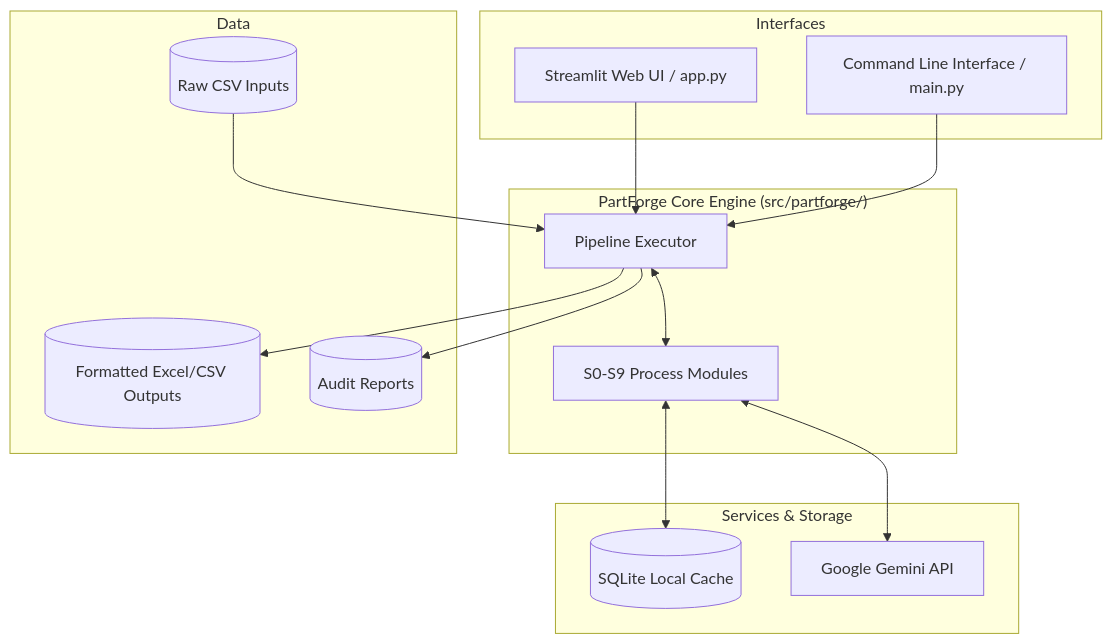
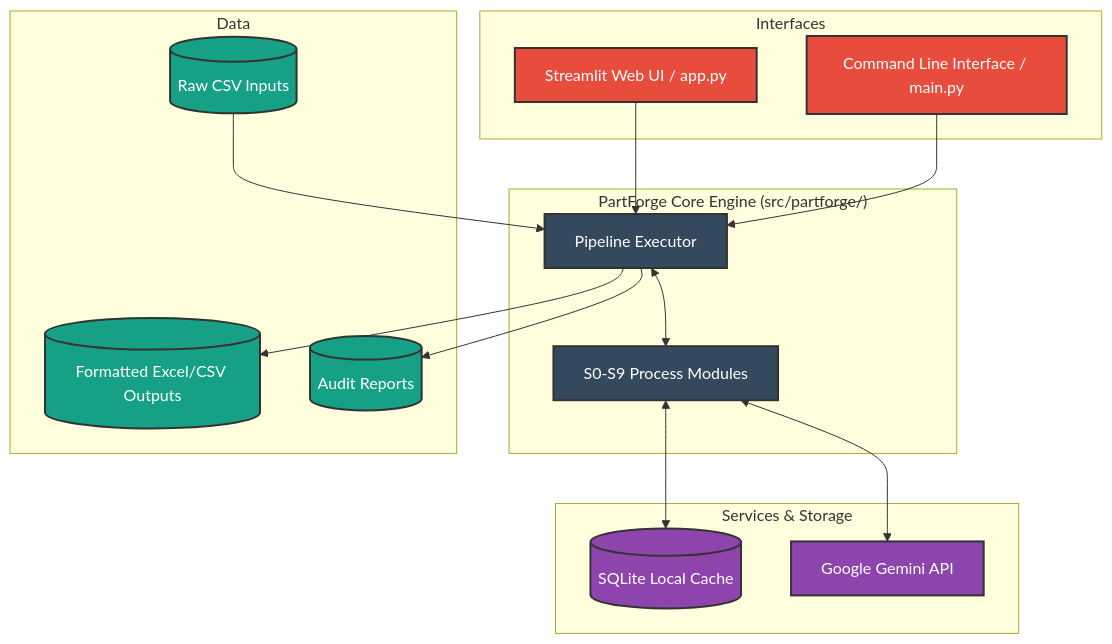
One commit to ISHANK1313/part-forge changed the second of 2 diagrams in README.md. Above: the diagram before and after it, drawn with Mermaid. The commit also changed other lines of this file, not shown here.

````diff
--- a/README.md
+++ b/README.md
@@ -66,32 +119,37 @@
 ```mermaid
 flowchart TD
+    classDef interface fill:#e74c3c,stroke:#333,stroke-width:2px,color:#fff;
+    classDef engine fill:#34495e,stroke:#333,stroke-width:2px,color:#fff;
+    classDef service fill:#8e44ad,stroke:#333,stroke-width:2px,color:#fff;
+    classDef data fill:#16a085,stroke:#333,stroke-width:2px,color:#fff;
+
     subgraph Interfaces
-        UI[Streamlit Web UI / app.py]
-        CLI[Command Line Interface / main.py]
+        UI[Streamlit Web UI / app.py]:::interface
+        CLI[Command Line Interface / main.py]:::interface
     end
 
     subgraph "PartForge Core Engine (src/partforge/)"
-        Engine[Pipeline Executor]
-        Modules[S0-S9 Process Modules]
+        Engine[Pipeline Executor]:::engine
+        Modules[S0-S9 Process Modules]:::engine
         Engine <--> Modules
     end
 
     subgraph Services & Storage
-        Cache[(SQLite Local Cache)]
-        Gemini[Google Gemini API]
+        Cache[(SQLite Local Cache)]:::service
+        Gemini[Google Gemini API]:::service
     end
 
     subgraph Data
-        Input[(Raw CSV Inputs)]
-        Output[(Formatted Excel/CSV Outputs)]
-        Audit[(Audit Reports)]
+        Input[(Raw CSV Inputs)]:::data
+        Output[(Formatted Excel/CSV Outputs)]:::data
+        Audit[(Audit Reports)]:::data
     end
 
     UI --> Engine
     CLI --> Engine
     Input --> Engine
     Engine --> Output
     Engine --> Audit
     Modules <--> Cache
     Modules <--> Gemini
 ```
````
